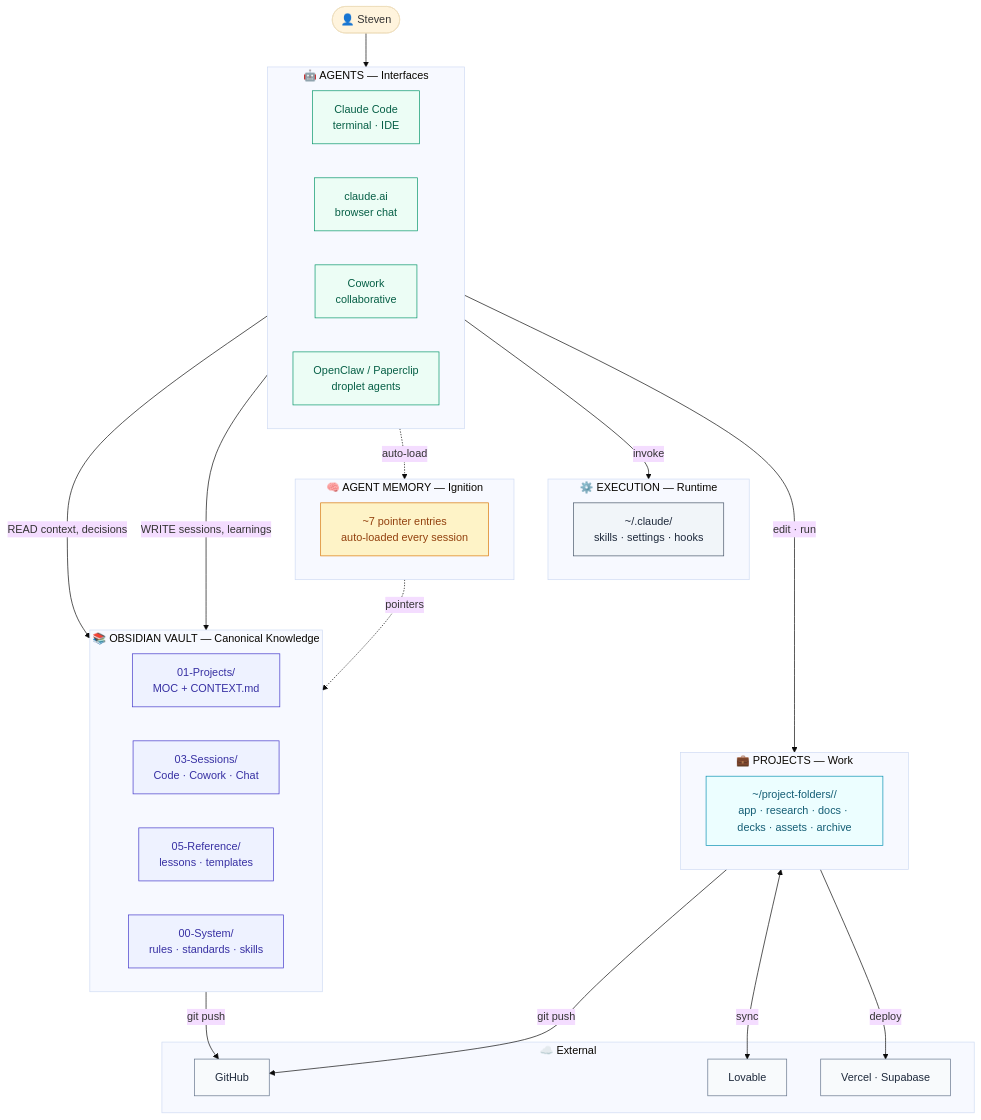
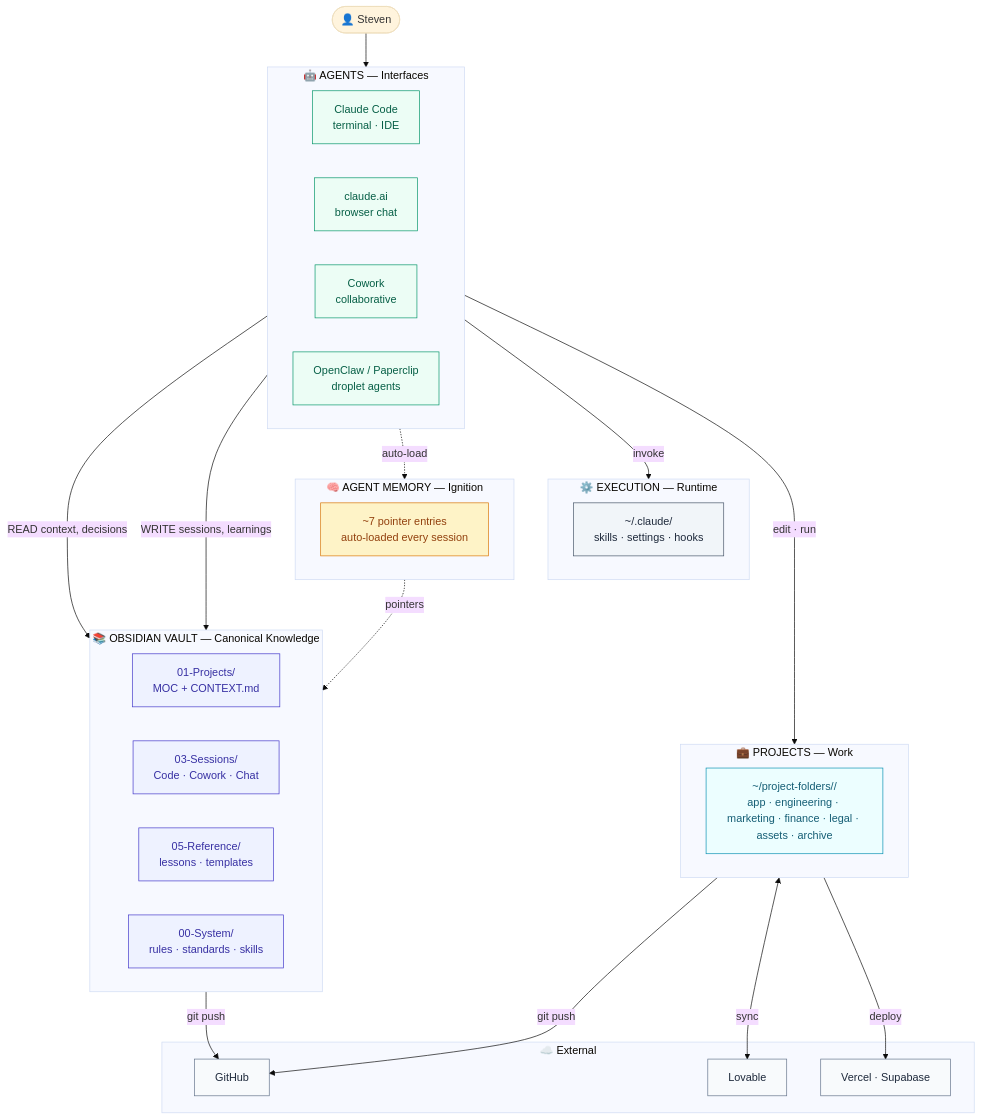
One commit to staffbotsteve/swan-vault changed the diagram in 00-System/agent-ecosystem.md. Above: the diagram before and after it, drawn with Mermaid (base theme). The commit also changed 7 other files, not shown here.

````diff
--- a/00-System/agent-ecosystem.md
+++ b/00-System/agent-ecosystem.md
@@ -24,62 +24,62 @@
 ```mermaid
 flowchart TD
     User(["👤 Steven"])
 
     subgraph Agents["🤖 AGENTS — Interfaces"]
         CC["Claude Code<br/>terminal · IDE"]
         CA["claude.ai<br/>browser chat"]
         CW["Cowork<br/>collaborative"]
         OC["OpenClaw / Paperclip<br/>droplet agents"]
     end
 
     subgraph Vault["📚 OBSIDIAN VAULT — Canonical Knowledge"]
         VM["01-Projects/<br/>MOC + CONTEXT.md"]
         VS["03-Sessions/<br/>Code · Cowork · Chat"]
         VR["05-Reference/<br/>lessons · templates"]
         VY["00-System/<br/>rules · standards · skills"]
     end
 
     subgraph Memory["🧠 AGENT MEMORY — Ignition"]
         M["~7 pointer entries<br/>auto-loaded every session"]
     end
 
     subgraph Exec["⚙️ EXECUTION — Runtime"]
         S["~/.claude/<br/>skills · settings · hooks"]
     end
 
     subgraph Projects["💼 PROJECTS — Work"]
-        P["~/project-folders/<project>/<br/>app · research · docs · decks · assets · archive"]
+        P["~/project-folders/<project>/<br/>app · engineering · marketing · finance · legal · assets · archive"]
     end
 
     subgraph Ext["☁️ External"]
         GH["GitHub"]
         LV["Lovable"]
         VCL["Vercel · Supabase"]
     end
 
     User --> Agents
     Agents -->|READ context, decisions| Vault
     Agents -->|WRITE sessions, learnings| Vault
     Agents -.->|auto-load| Memory
     Memory -.->|pointers| Vault
     Agents -->|invoke| Exec
     Agents -->|edit · run| Projects
     Projects -->|git push| GH
     Vault -->|git push| GH
     Projects <-->|sync| LV
     Projects -->|deploy| VCL
 
     classDef vaultStyle fill:#EEF2FF,stroke:#4338CA,color:#3730A3
     classDef agentStyle fill:#ECFDF5,stroke:#059669,color:#065F46
     classDef memStyle fill:#FEF3C7,stroke:#D97706,color:#92400E
     classDef execStyle fill:#F1F5F9,stroke:#475569,color:#1E293B
     classDef projStyle fill:#ECFEFF,stroke:#0891B2,color:#155E75
     classDef extStyle fill:#F8FAFC,stroke:#64748B,color:#1E293B
 
     class VM,VS,VR,VY vaultStyle
     class CC,CA,CW,OC agentStyle
     class M memStyle
     class S execStyle
     class P projStyle
     class GH,LV,VCL extStyle
 ```
````
